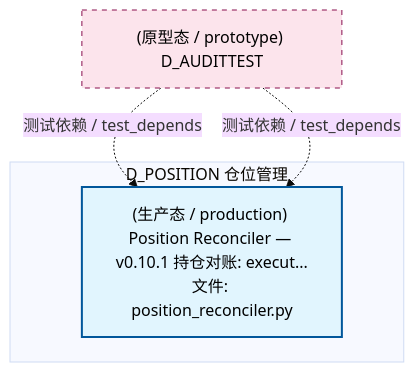
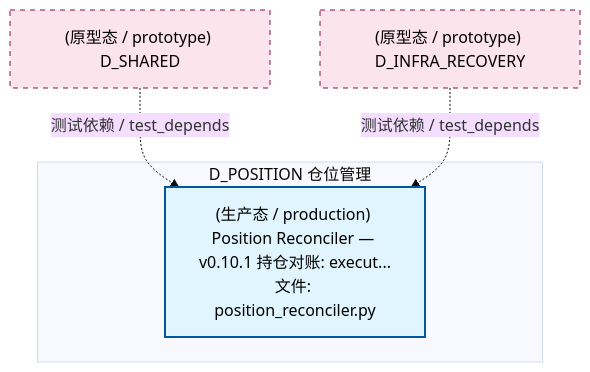
The second of 4 diagrams in docs/02_enterprise_architecture/02_domain_architecture_docs/51_d_position.md (xuanFelixVan/ZephyrAlpha), drawn with Mermaid (base theme) before and after one commit. The commit also changed other lines of this file and 112 other files, not shown here.

````diff
--- a/docs/02_enterprise_architecture/02_domain_architecture_docs/51_d_position.md
+++ b/docs/02_enterprise_architecture/02_domain_architecture_docs/51_d_position.md
@@ -100,15 +101,16 @@
 ```mermaid
 graph TD
     subgraph D_POSITION["D_POSITION 仓位管理"]
         src_zephyr_position_position_reconciler_py["(生产态 / production) Position Reconciler — v0.10.1 持仓对账: execut...<br/>文件: position_reconciler.py"]
     end
-    D_AUDITTEST["(原型态 / prototype) D_AUDITTEST"]
-    D_AUDITTEST -.->|测试依赖 / test_depends| src_zephyr_position_position_reconciler_py
-    D_AUDITTEST -.->|测试依赖 / test_depends| src_zephyr_position_position_reconciler_py
+    D_SHARED["(原型态 / prototype) D_SHARED"]
+    D_SHARED -.->|测试依赖 / test_depends| src_zephyr_position_position_reconciler_py
+    D_INFRA_RECOVERY["(原型态 / prototype) D_INFRA_RECOVERY"]
+    D_INFRA_RECOVERY -.->|测试依赖 / test_depends| src_zephyr_position_position_reconciler_py
     classDef production fill:#e1f5fe,stroke:#01579b,stroke-width:2px,color:#000
     classDef design fill:#fff3e0,stroke:#e65100,stroke-width:2px,color:#000,stroke-dasharray: 5 5
     classDef external_prod fill:#e8f5e9,stroke:#1b5e20,stroke-width:1px,color:#000
     classDef external_design fill:#fce4ec,stroke:#880e4f,stroke-width:1px,color:#000,stroke-dasharray: 5 5
     class src_zephyr_position_position_reconciler_py production
-    class D_AUDITTEST external_design
+    class D_SHARED,D_INFRA_RECOVERY external_design
 ```
````
